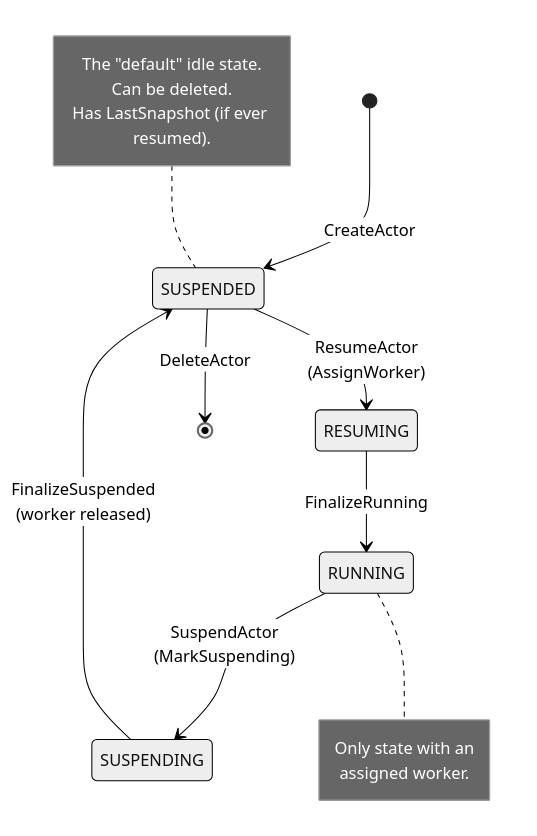
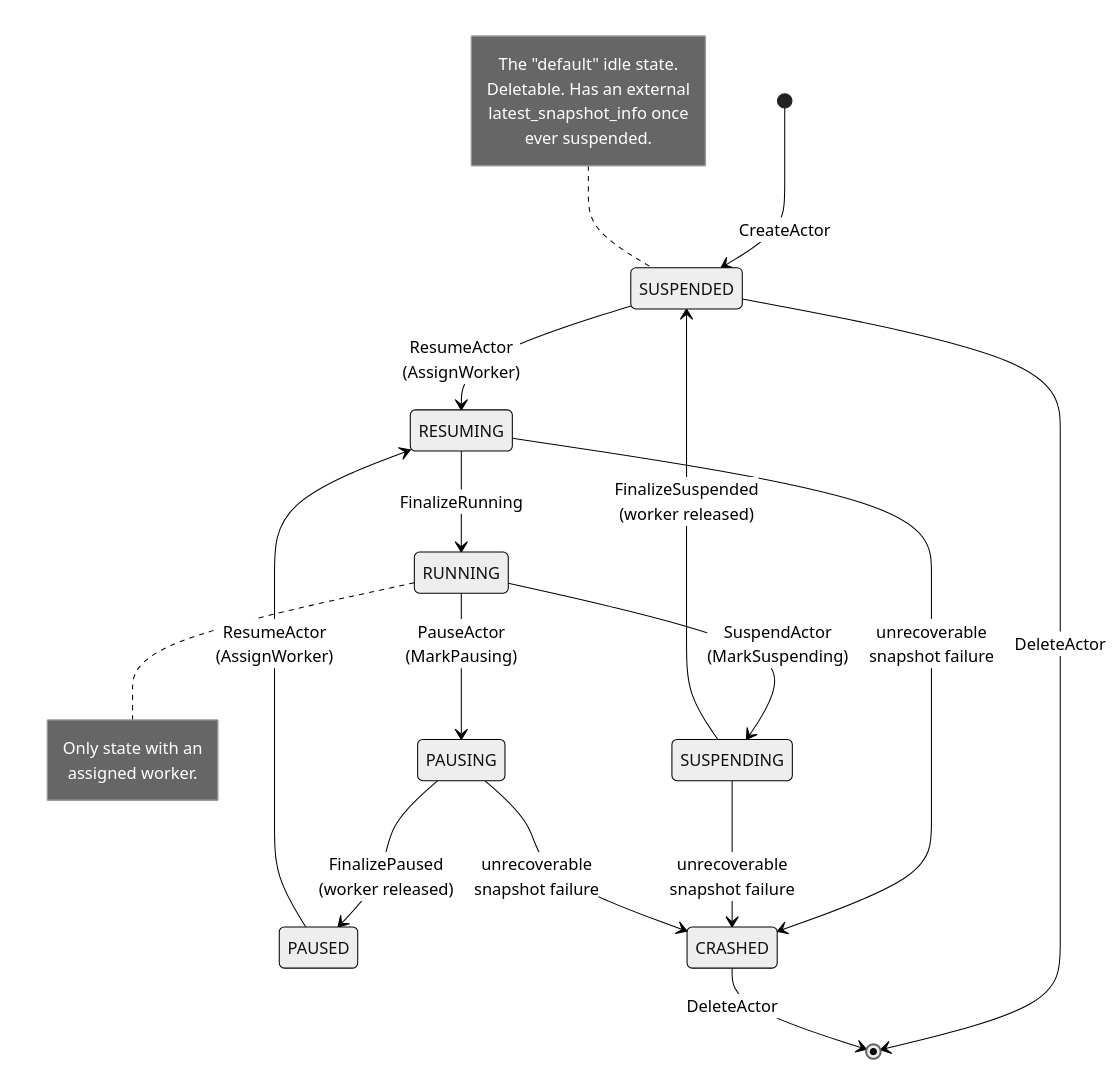
The first of 2 diagrams in atlas/src/content/docs/flows/actor-lifecycle.mdx (christian-posta/substrate), drawn with Mermaid (neutral theme) before and after one commit. The commit also changed other lines of this file and 28 other files, not shown here.

````diff
--- a/atlas/src/content/docs/flows/actor-lifecycle.mdx
+++ b/atlas/src/content/docs/flows/actor-lifecycle.mdx
@@ -12,20 +23,29 @@
 ```mermaid
 stateDiagram-v2
   [*] --> SUSPENDED: CreateActor
   SUSPENDED --> RESUMING: ResumeActor<br/>(AssignWorker)
+  PAUSED --> RESUMING: ResumeActor<br/>(AssignWorker)
   RESUMING --> RUNNING: FinalizeRunning
   RUNNING --> SUSPENDING: SuspendActor<br/>(MarkSuspending)
   SUSPENDING --> SUSPENDED: FinalizeSuspended<br/>(worker released)
+  RUNNING --> PAUSING: PauseActor<br/>(MarkPausing)
+  PAUSING --> PAUSED: FinalizePaused<br/>(worker released)
   SUSPENDED --> [*]: DeleteActor
+  CRASHED --> [*]: DeleteActor
+
+  RESUMING --> CRASHED: unrecoverable<br/>snapshot failure
+  SUSPENDING --> CRASHED: unrecoverable<br/>snapshot failure
+  PAUSING --> CRASHED: unrecoverable<br/>snapshot failure
 
   note right of RUNNING
     Only state with an
     assigned worker.
   end note
 
   note left of SUSPENDED
     The "default" idle state.
-    Can be deleted.
-    Has LastSnapshot (if ever resumed).
+    Deletable. Has an external
+    latest_snapshot_info once
+    ever suspended.
   end note
 ```
````
